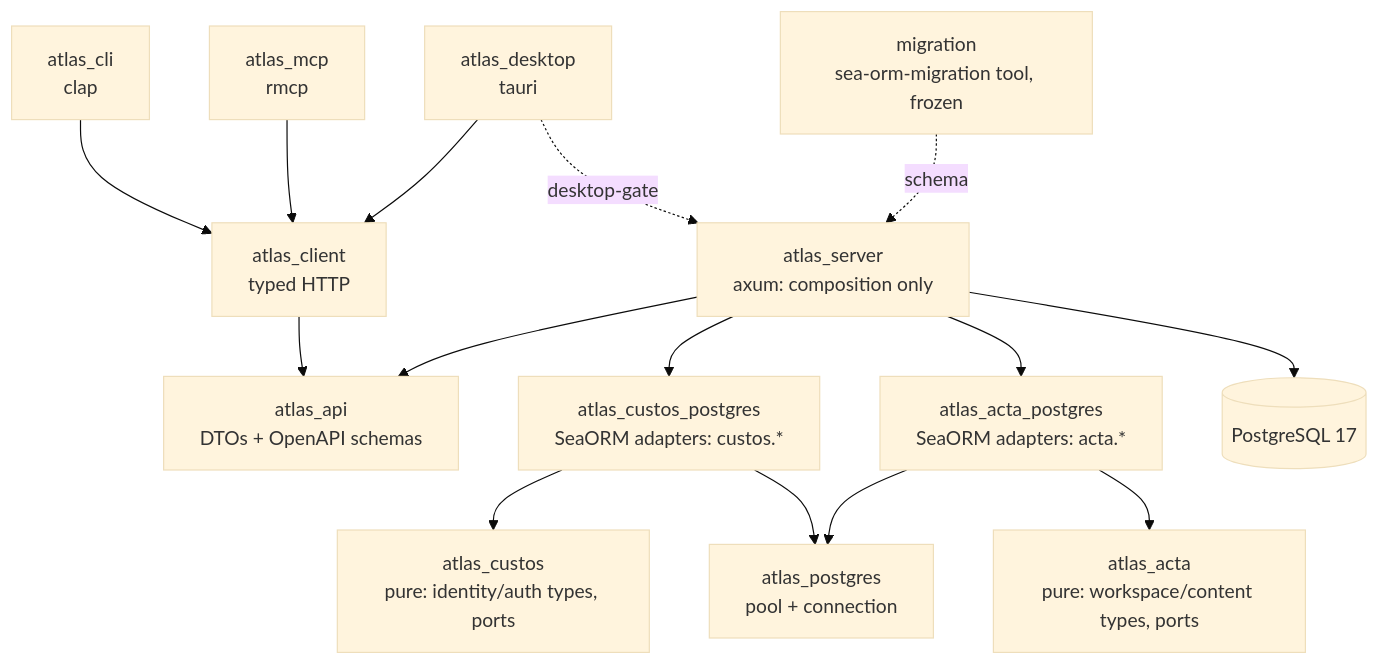
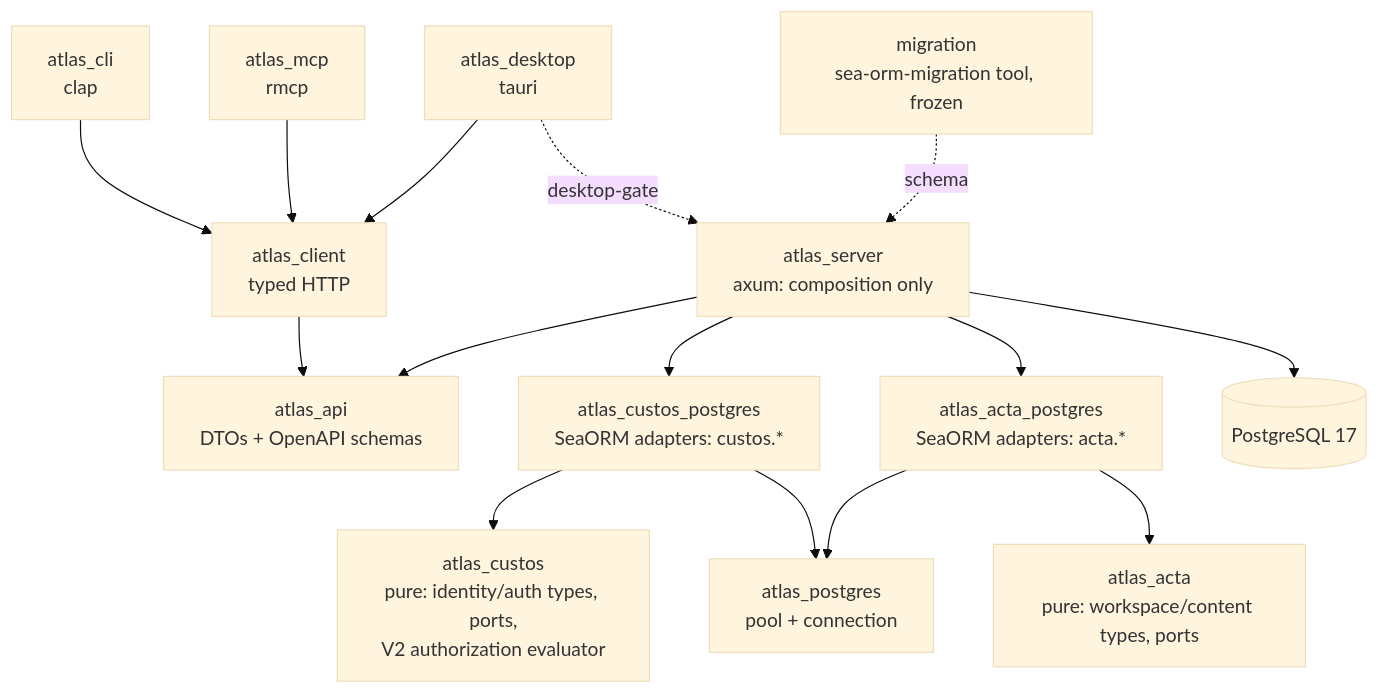
The first of 2 diagrams in ARCHITECTURE.md (0xErwin1/atlas), drawn with Mermaid (base theme) before and after one commit. The commit also changed other lines of this file and 1 other file, not shown here.

First line of the commit message:
docs: describe the V2 authorization model and correct crate dependency lists

````diff
--- a/ARCHITECTURE.md
+++ b/ARCHITECTURE.md
@@ -16,17 +18,17 @@
 ```mermaid
 flowchart TD
     cli[atlas_cli<br/>clap] --> client[atlas_client<br/>typed HTTP]
     mcp[atlas_mcp<br/>rmcp] --> client
     desktop[atlas_desktop<br/>tauri] --> client
     desktop -. desktop-gate .-> server
     client --> api[atlas_api<br/>DTOs + OpenAPI schemas]
     server[atlas_server<br/>axum: composition only] --> api
     server --> custospg[atlas_custos_postgres<br/>SeaORM adapters: custos.*]
     server --> actapg[atlas_acta_postgres<br/>SeaORM adapters: acta.*]
-    custospg --> custos[atlas_custos<br/>pure: identity/auth types, ports]
+    custospg --> custos[atlas_custos<br/>pure: identity/auth types, ports,<br/>V2 authorization evaluator]
     actapg --> acta[atlas_acta<br/>pure: workspace/content types, ports]
     custospg --> pgcore[atlas_postgres<br/>pool + connection]
     actapg --> pgcore
     migration[migration<br/>sea-orm-migration tool, frozen] -.schema.-> server
     server --> pg[(PostgreSQL 17)]
 ```
````
